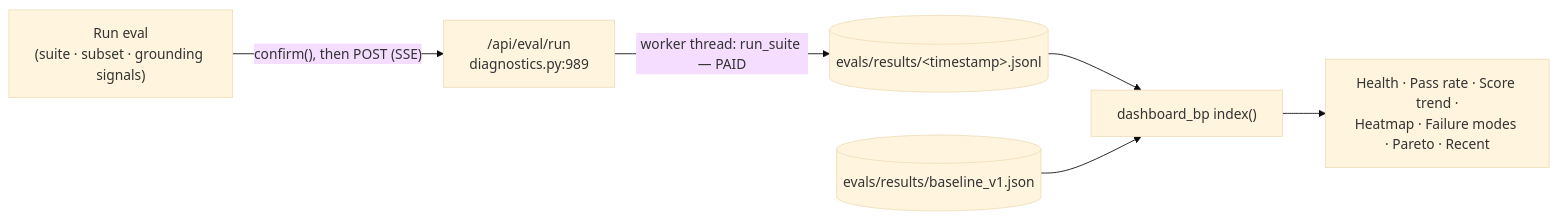
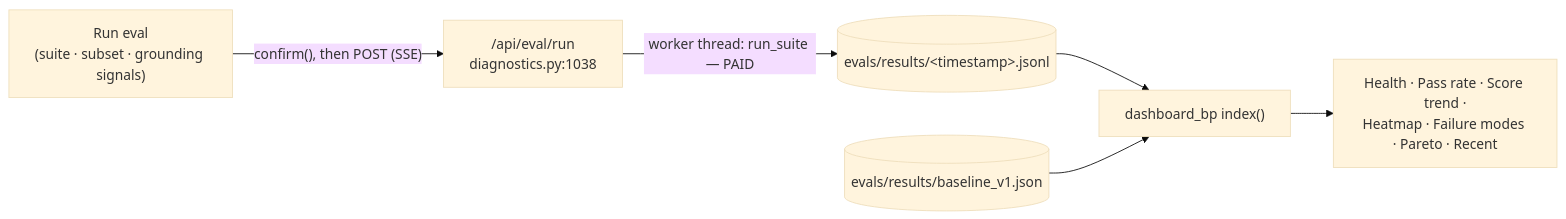
Before and after one commit to take-tempo-public/sartor: the second of 5 diagrams in docs/dev/diagnostics.md, drawn with Mermaid (base theme). The commit also changed other lines of this file and 11 other files, not shown here.

````diff
--- a/docs/dev/diagnostics.md
+++ b/docs/dev/diagnostics.md
@@ -86,8 +93,8 @@
 ```mermaid
 flowchart LR
-  btn["Run eval<br/>(suite · subset · grounding signals)"] -->|"confirm(), then POST (SSE)"| er["/api/eval/run<br/>diagnostics.py:989"]
+  btn["Run eval<br/>(suite · subset · grounding signals)"] -->|"confirm(), then POST (SSE)"| er["/api/eval/run<br/>diagnostics.py:1038"]
   er -->|"worker thread: run_suite — PAID"| res[("evals/results/&lt;timestamp&gt;.jsonl")]
   res --> idx["dashboard_bp index()"]
   base[("evals/results/baseline_v1.json")] --> idx
   idx --> tiles["Health · Pass rate · Score trend ·<br/>Heatmap · Failure modes · Pareto · Recent"]
 ```
````
